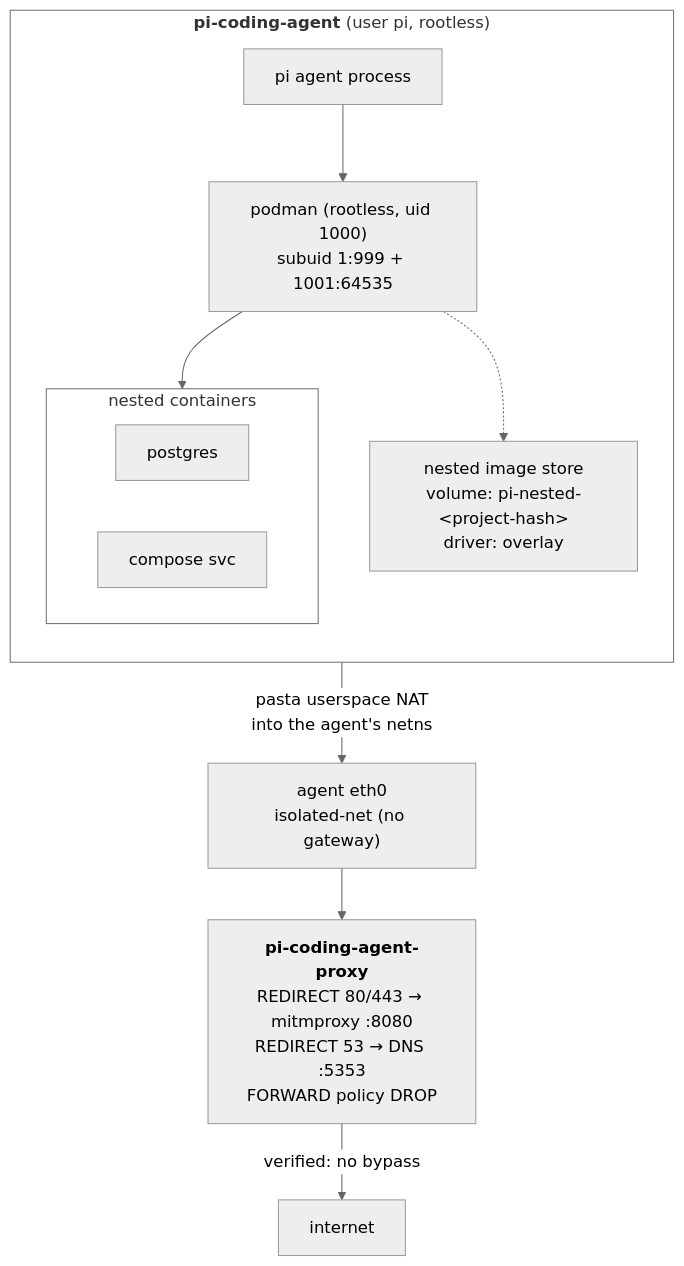
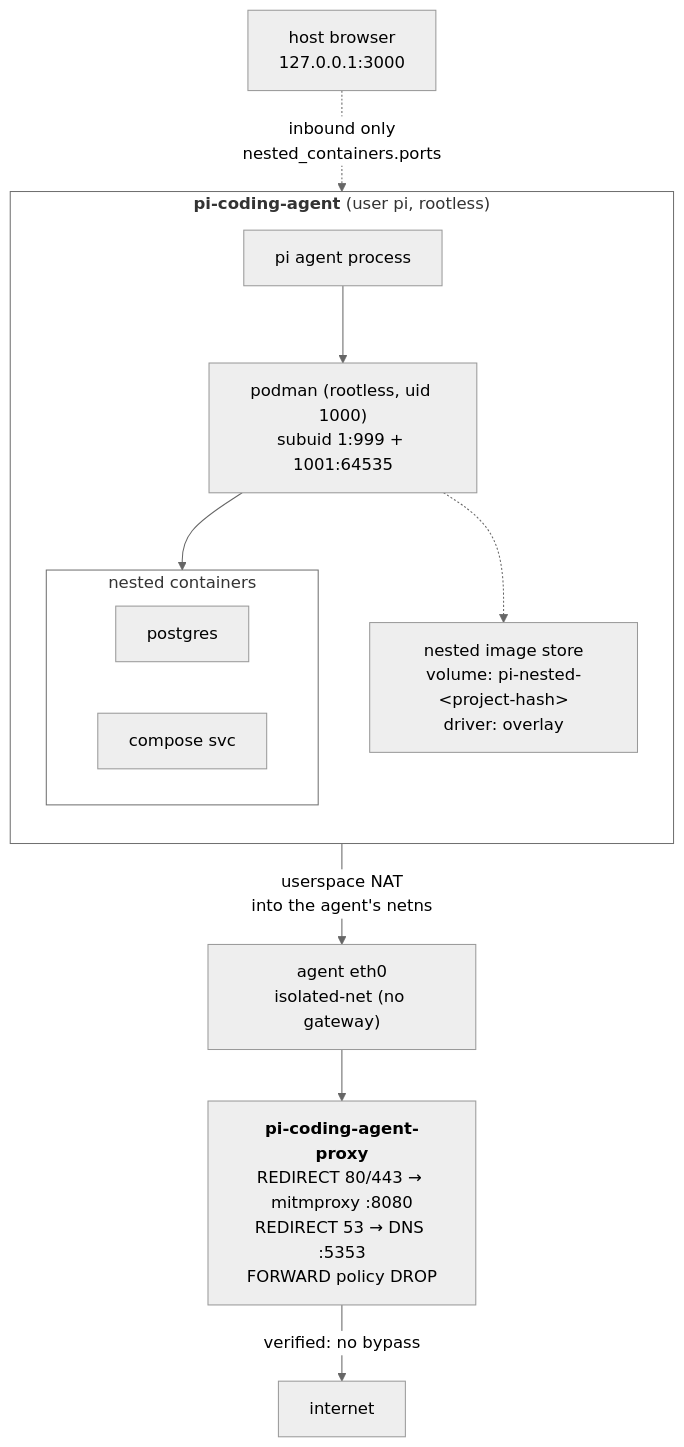
One commit to mikkovihonen/pi-container changed the second of 2 diagrams in docs/architecture.md. Above: the diagram before and after it, drawn with Mermaid (neutral theme). The commit also changed other lines of this file and 13 other files, not shown here.

Commit message:
feat: expose nested container ports to the host

````diff
--- a/docs/architecture.md
+++ b/docs/architecture.md
@@ -102,26 +102,28 @@
 ```mermaid
 flowchart TB
     subgraph agent["<b>pi-coding-agent</b> (user pi, rootless)"]
         direction TB
         pi["pi agent process"]
         pod["podman (rootless, uid 1000)<br/>subuid 1:999 + 1001:64535"]
         subgraph inner["nested containers"]
             direction LR
             c1["postgres"]
             c2["compose svc"]
         end
         store["nested image store<br/>volume: pi-nested-&lt;project-hash&gt;<br/>driver: overlay"]
     end
     style agent fill:none,text-align:left
     style inner fill:none,text-align:left
 
     eth0["agent eth0<br/>isolated-net (no gateway)"]
     proxy["<b>pi-coding-agent-proxy</b><br/>REDIRECT 80/443 → mitmproxy :8080<br/>REDIRECT 53 → DNS :5353<br/>FORWARD policy DROP"]
+    host["host browser<br/>127.0.0.1:3000"]
 
     pi --> pod
     pod --> inner
     pod -.-> store
-    inner -->|pasta userspace NAT<br/>into the agent's netns| eth0
+    inner -->|userspace NAT<br/>into the agent's netns| eth0
     eth0 --> proxy
     proxy -->|verified: no bypass| internet["internet"]
+    host -.->|inbound only<br/>nested_containers.ports| inner
 ```
````
